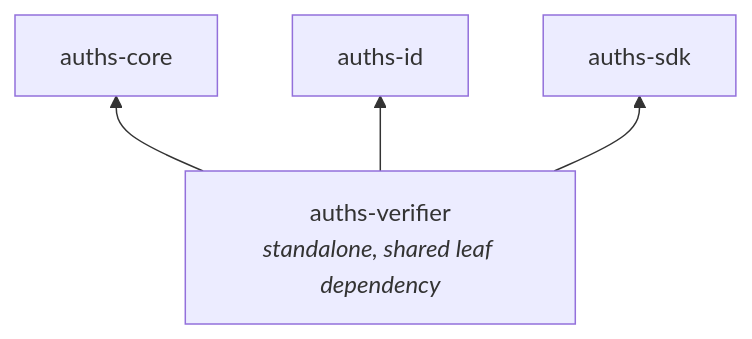
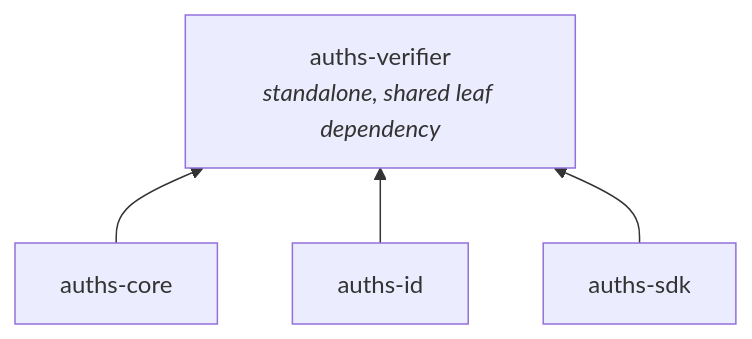
The diagram in docs/architecture/crates/auths-verifier.md (auths-dev/auths), drawn with Mermaid before and after one commit. The commit also changed 5 other files, not shown here.

````diff
--- a/docs/architecture/crates/auths-verifier.md
+++ b/docs/architecture/crates/auths-verifier.md
@@ -7,10 +7,10 @@
 ```mermaid
 flowchart BT
     VERIFIER["auths-verifier<br/><i>standalone, shared leaf dependency</i>"]
     CORE["auths-core"]
     ID["auths-id"]
     SDK["auths-sdk"]
-    VERIFIER --> CORE
-    VERIFIER --> ID
-    VERIFIER --> SDK
+    CORE --> VERIFIER
+    ID --> VERIFIER
+    SDK --> VERIFIER
 ```
````
